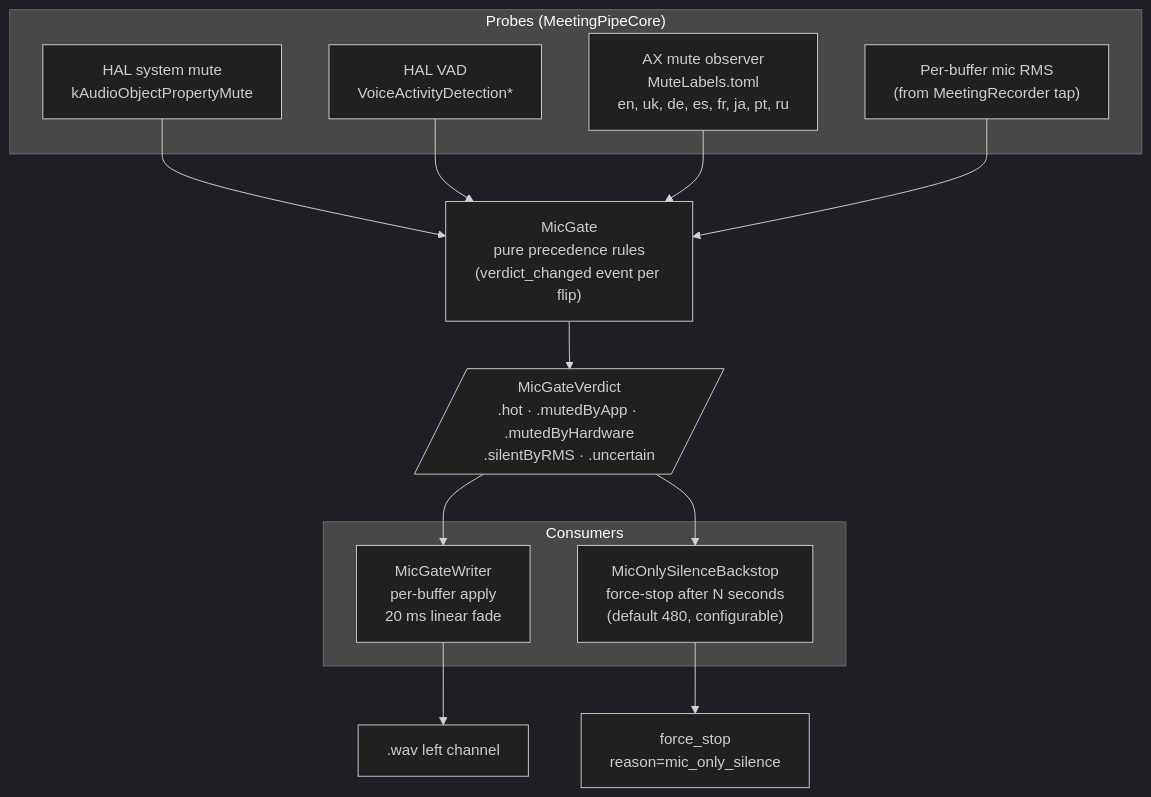
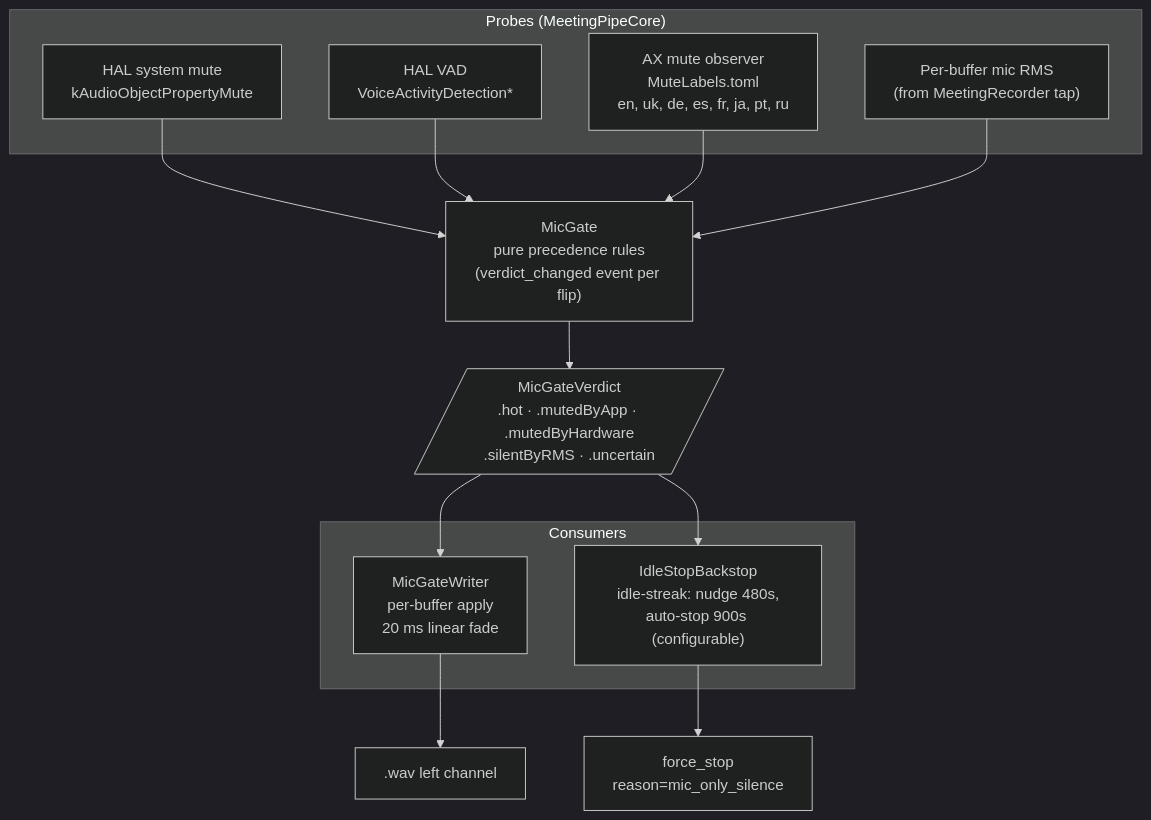
Before and after one commit to ggegelya/meeting-pipe: the third of 5 diagrams in ARCHITECTURE.md, drawn with Mermaid (dark theme). The commit also changed other lines of this file, not shown here.

Commit message:
docs(architecture): retire stale SilenceDetector/MicOnlySilenceBackstop refs

````diff
--- a/ARCHITECTURE.md
+++ b/ARCHITECTURE.md
@@ -111,31 +111,31 @@
 ```mermaid
 flowchart TB
     subgraph Probes["Probes (MeetingPipeCore)"]
         HALMute["HAL system mute<br/>kAudioObjectPropertyMute"]
         HALVAD["HAL VAD<br/>VoiceActivityDetection*"]
         AXMute["AX mute observer<br/>MuteLabels.toml<br/>en, uk, de, es, fr, ja, pt, ru"]
         RMS["Per-buffer mic RMS<br/>(from MeetingRecorder tap)"]
     end
 
     MicGate["MicGate<br/>pure precedence rules<br/>(verdict_changed event per flip)"]
 
     Verdict[/"MicGateVerdict<br/>.hot · .mutedByApp · .mutedByHardware<br/>.silentByRMS · .uncertain"/]
 
     subgraph Consumers
         Writer["MicGateWriter<br/>per-buffer apply<br/>20 ms linear fade"]
-        Backstop["MicOnlySilenceBackstop<br/>force-stop after N seconds<br/>(default 480, configurable)"]
+        Backstop["IdleStopBackstop<br/>idle-streak: nudge 480s,<br/>auto-stop 900s (configurable)"]
     end
 
     Audio[".wav left channel"]
     ForceStop["force_stop<br/>reason=mic_only_silence"]
 
     HALMute --> MicGate
     HALVAD --> MicGate
     AXMute --> MicGate
     RMS --> MicGate
     MicGate --> Verdict
     Verdict --> Writer
     Verdict --> Backstop
     Writer --> Audio
     Backstop --> ForceStop
 ```
````
